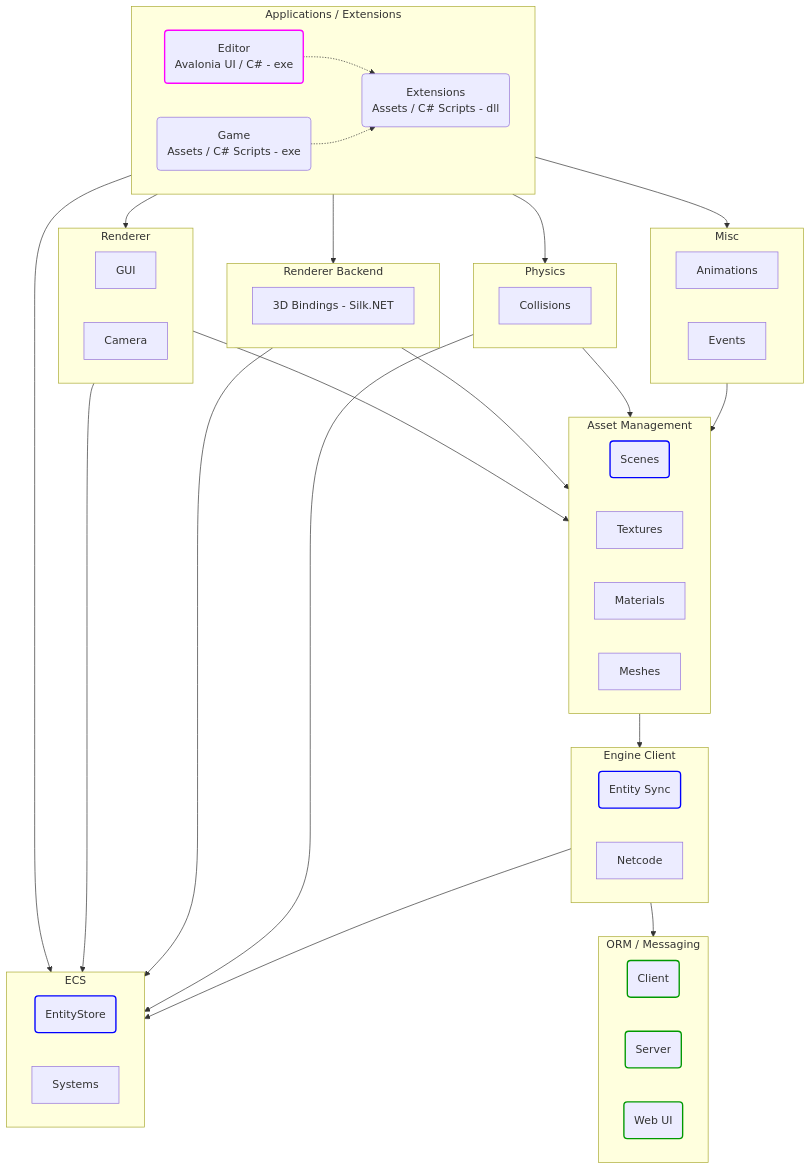
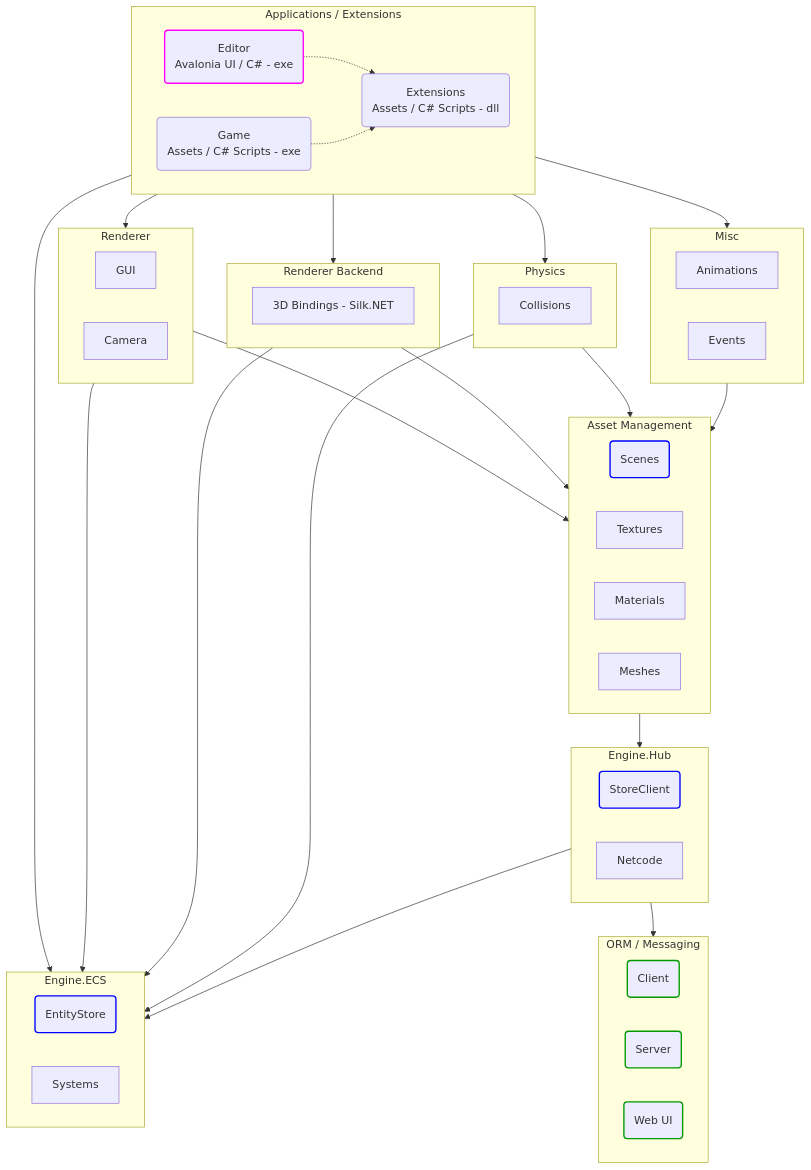
The first of 4 diagrams in Engine/README.md (friflo/Friflo.Json.Fliox), drawn with Mermaid before and after one commit. The commit also changed other lines of this file, not shown here.

Commit message:
Engine - update names in README.md

````diff
--- a/Engine/README.md
+++ b/Engine/README.md
@@ -85,77 +85,77 @@
 ```mermaid
   graph TD;
     classDef finished       stroke:#090,stroke-width:2px;
     classDef implemented    stroke:#00f,stroke-width:2px;
     classDef wip            stroke:#f0f,stroke-width:2px;
 
     subgraph Applications[Applications / Extensions];
         Editor(Editor<br/>Avalonia UI / C# - exe):::wip;
         Game(Game<br/>Assets / C# Scripts - exe);
         Extensions(Extensions<br/>Assets / C# Scripts - dll);
     end
 
     Editor  -.->Extensions;
     Game    -.->Extensions;
 
     subgraph Renderer;
         GUI
         Camera
     end
 
     subgraph Backend[Renderer Backend];
         Bindings[3D Bindings - Silk.NET];
     end
 
     subgraph Physics;
         Collisions
     end
     
     subgraph Misc;
         Animations
         Events
     end
 
     subgraph Assets[Asset Management];
         Scenes(Scenes):::implemented
         Textures
         Materials
         Meshes
         Animations
     end
 
-    subgraph Engine-Client[Engine Client];
-        Sync(Entity Sync):::implemented;
+    subgraph Engine.Hub;
+        StoreClient(StoreClient):::implemented;
         Netcode;
     end
 
     subgraph ORM[ORM / Messaging];
         Client(Client):::finished
         Server(Server):::finished
         WebUI(Web UI):::finished
     end
 
-    subgraph ECS[ECS];
+    subgraph Engine.ECS;
         EntityStore(EntityStore):::implemented
         Systems
     end
 
     Applications    -->Renderer
     Applications    -->Backend
     Applications    -->Physics
     Applications    -->Misc
-    Applications    -->ECS
+    Applications    -->Engine.ECS
 
-    Renderer        -->ECS
-    Backend         -->ECS
-    Physics         -->ECS
+    Renderer        -->Engine.ECS
+    Backend         -->Engine.ECS
+    Physics         -->Engine.ECS
 
     Renderer        -->Assets
     Backend         -->Assets
     Physics         -->Assets
     Misc            -->Assets
 
-    Assets          -->Engine-Client
+    Assets          -->Engine.Hub
 
-    Engine-Client  -->ECS
-    Engine-Client  -->ORM
+    Engine.Hub      -->Engine.ECS
+    Engine.Hub      -->ORM
 ```
````
